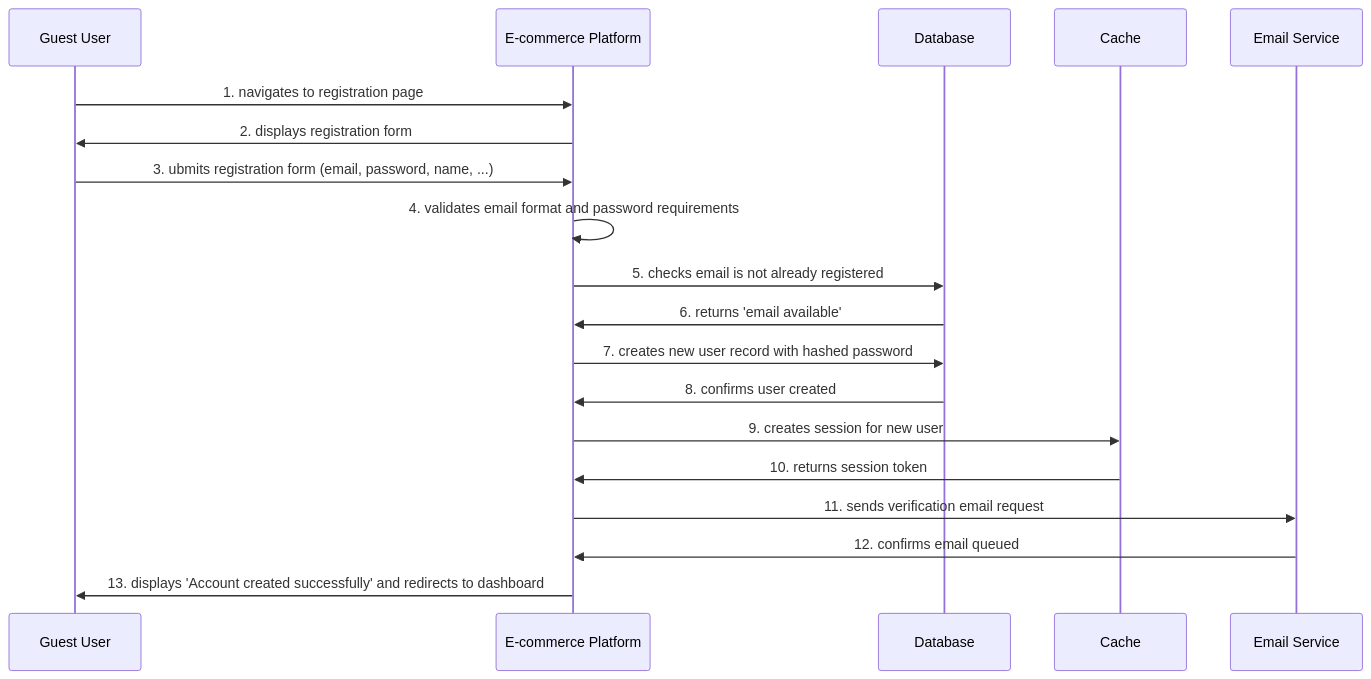
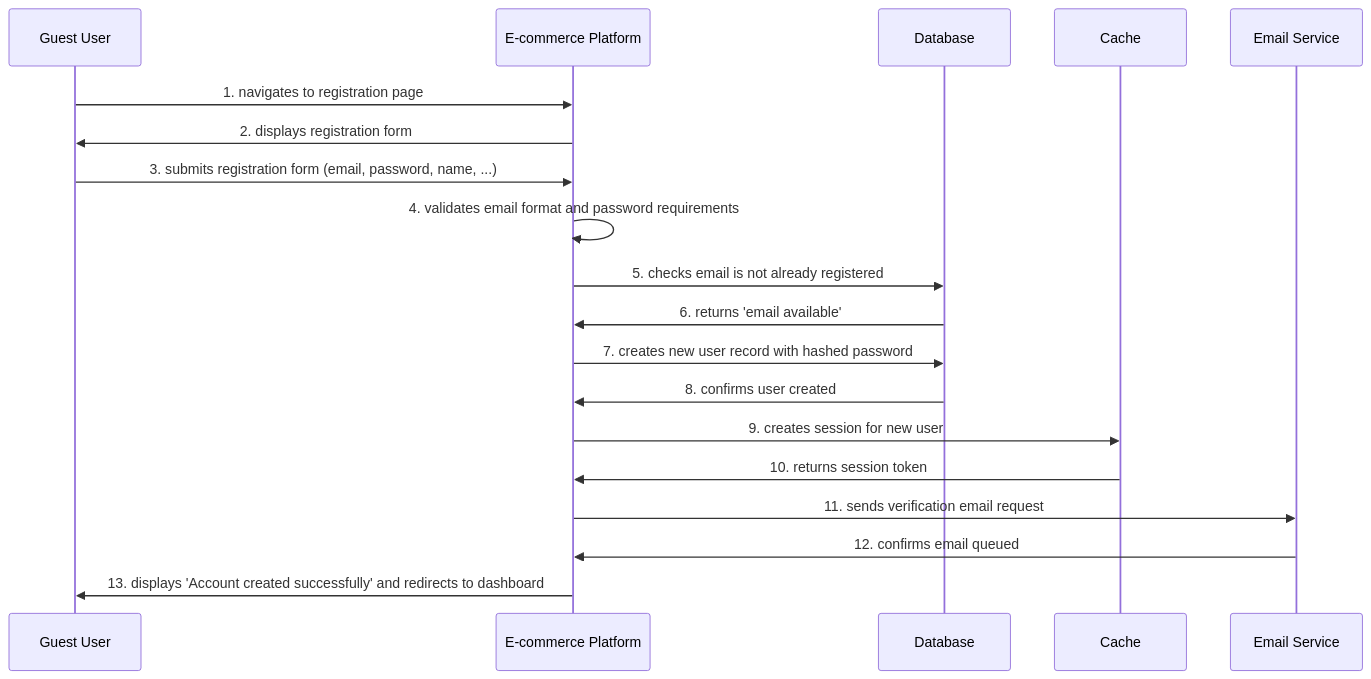
Before and after one commit to Guillaumecoi/MUCM: the first of 5 diagrams in examples/ecommerce-demo/docs/use-cases/authentication/UC-AUTH-001/README.md, drawn with Mermaid. The commit also changed other lines of this file and 14 other files, not shown here.

````diff
--- a/examples/ecommerce-demo/docs/use-cases/authentication/UC-AUTH-001/README.md
+++ b/examples/ecommerce-demo/docs/use-cases/authentication/UC-AUTH-001/README.md
@@ -39,17 +39,17 @@
 ```mermaid
 sequenceDiagram
 participant Guest User
 Guest User->>E-commerce Platform: 1. navigates to registration page
 E-commerce Platform->>Guest User: 2. displays registration form
-Guest User->>E-commerce Platform: 3. ubmits registration form (email, password, name, ...)
+Guest User->>E-commerce Platform: 3. submits registration form (email, password, name, ...)
 E-commerce Platform->>E-commerce Platform: 4. validates email format and password requirements
 E-commerce Platform->>Database: 5. checks email is not already registered
 Database->>E-commerce Platform: 6. returns 'email available'
 E-commerce Platform->>Database: 7. creates new user record with hashed password
 Database->>E-commerce Platform: 8. confirms user created
 E-commerce Platform->>Cache: 9. creates session for new user
 Cache->>E-commerce Platform: 10. returns session token
 E-commerce Platform->>Email Service: 11. sends verification email request
 Email Service->>E-commerce Platform: 12. confirms email queued
 E-commerce Platform->>Guest User: 13. displays 'Account created successfully' and redirects to dashboard
 ```
````
